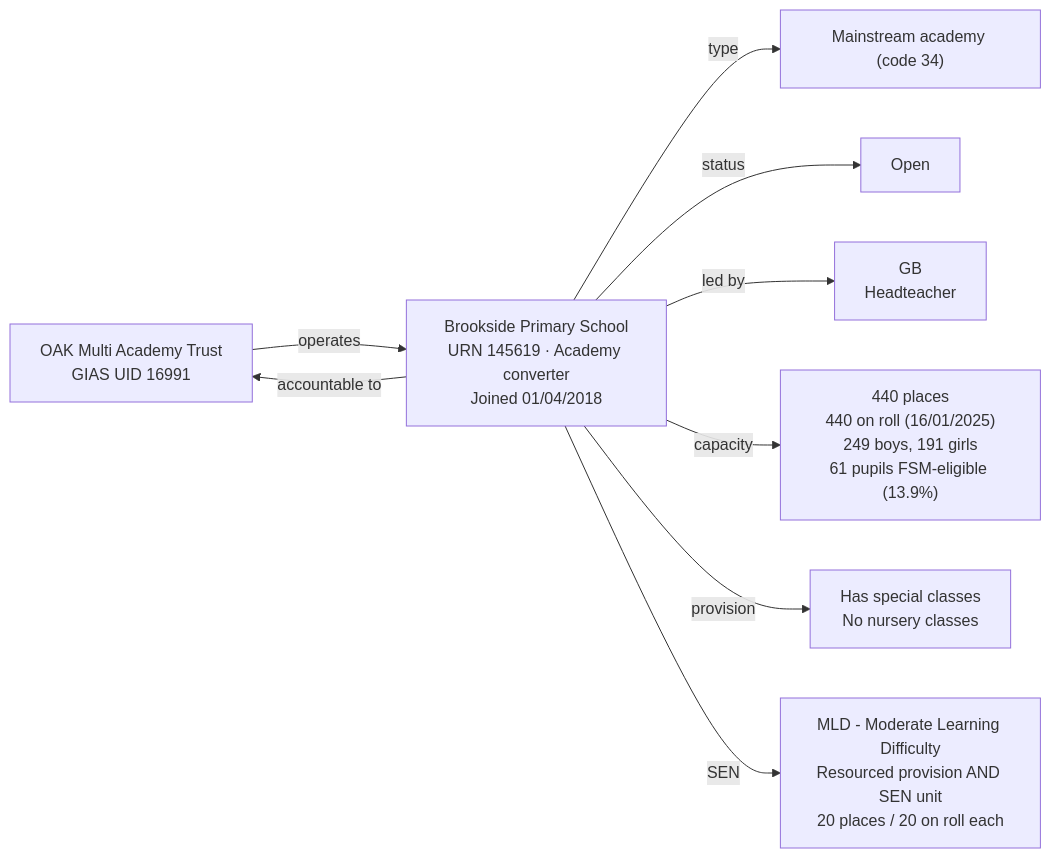
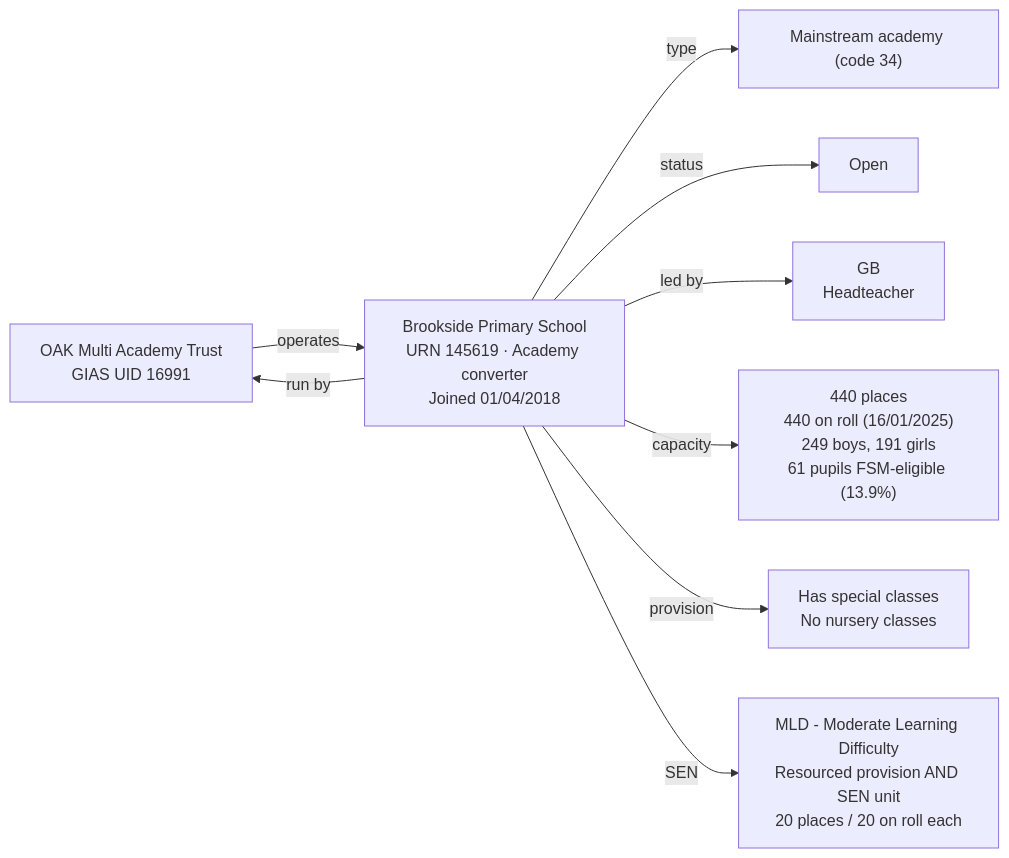
The diagram in docs-site/content/models/establishment/worked-examples/oak-brookside/index.md (DFE-Digital/education-provider-registry-docs), drawn with Mermaid before and after one commit. The commit also changed other lines of this file and 100 other files, not shown here.

````diff
--- a/docs-site/content/models/establishment/worked-examples/oak-brookside/index.md
+++ b/docs-site/content/models/establishment/worked-examples/oak-brookside/index.md
@@ -38,17 +38,17 @@
 ```mermaid
 flowchart LR
     AT["OAK Multi Academy Trust<br/>GIAS UID 16991"]
     E["Brookside Primary School<br/>URN 145619 · Academy converter<br/>Joined 01/04/2018"]
 
     AT -->|"operates"| E
 
     E -->|"type"| TY["Mainstream academy (code 34)"]
     E -->|"status"| ST["Open"]
-    E -->|"accountable to"| AT
+    E -->|"run by"| AT
 
     E -->|"led by"| HT["GB<br/>Headteacher"]
 
     E -->|"capacity"| CAP["440 places<br/>440 on roll (16/01/2025)<br/>249 boys, 191 girls<br/>61 pupils FSM-eligible (13.9%)"]
     E -->|"provision"| PROV["Has special classes<br/>No nursery classes"]
     E -->|"SEN"| SEN["MLD - Moderate Learning Difficulty<br/>Resourced provision AND SEN unit<br/>20 places / 20 on roll each"]
 ```
````
